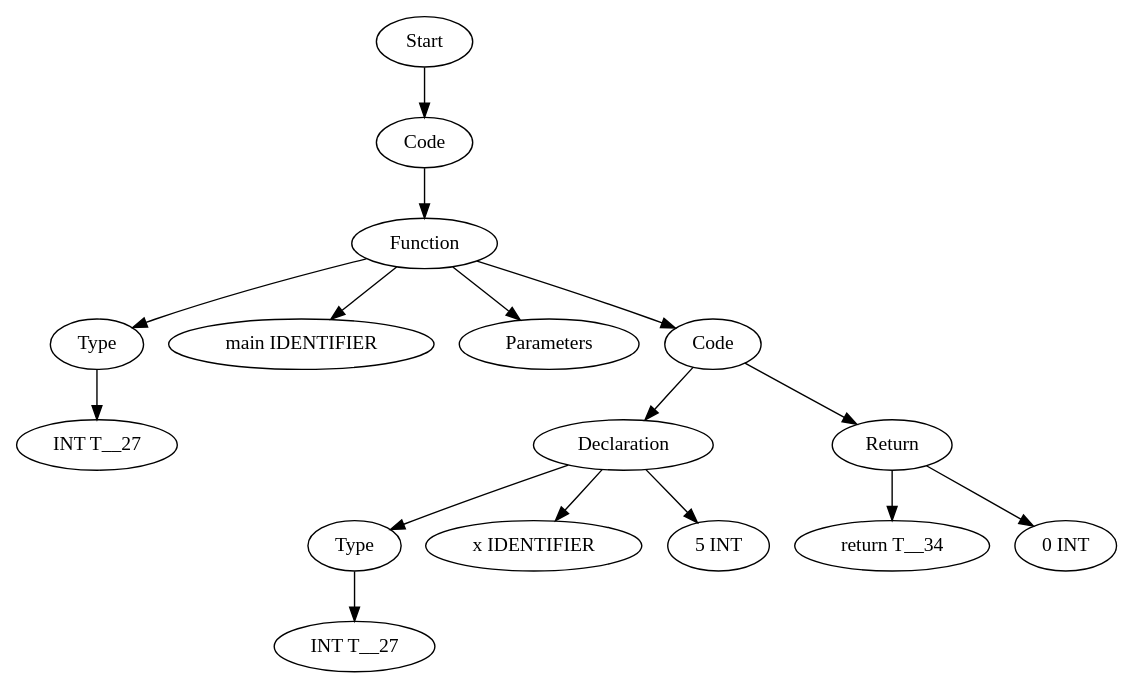
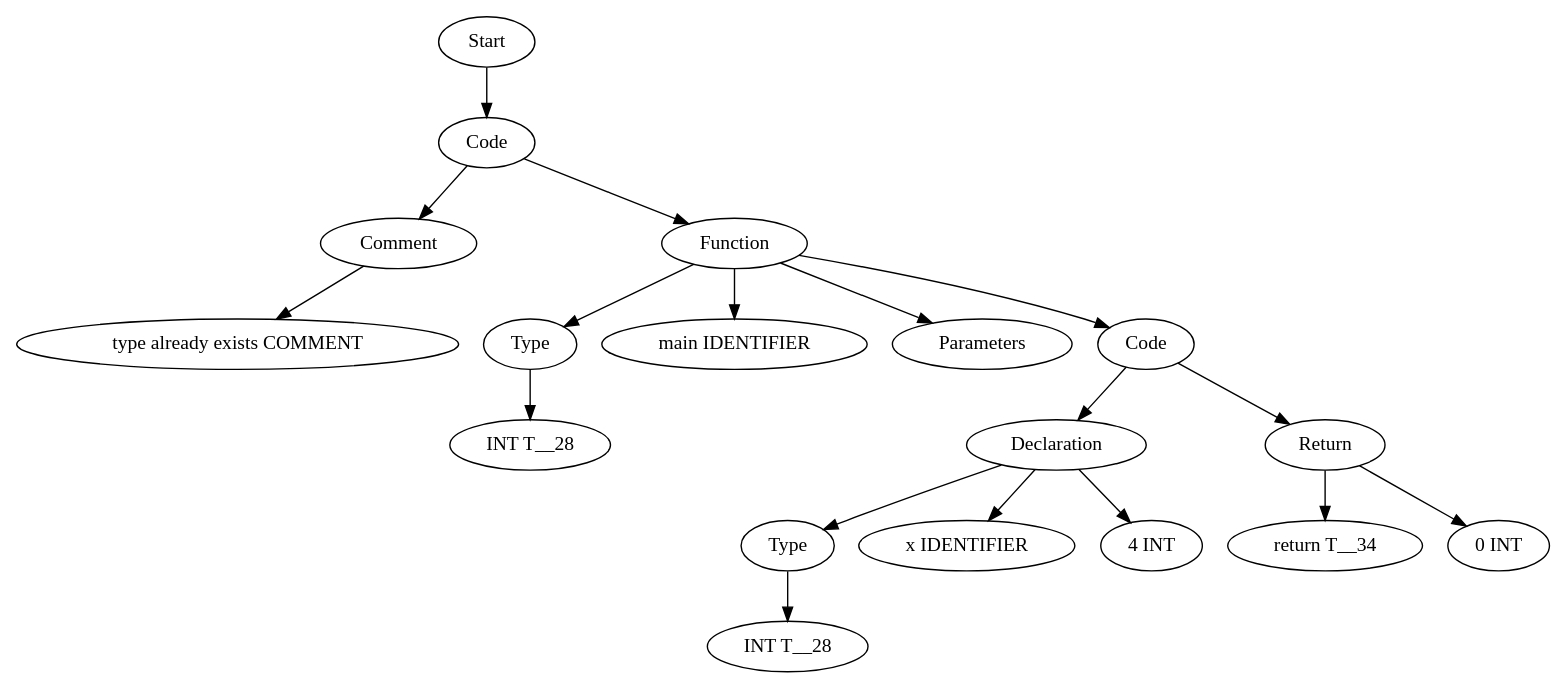
Before and after one commit to Are-you-listening/Compilers: the diagram in TestCases/ASTTests/TypedefTests/createTests/read_file_after.dot, drawn with Graphviz. The commit also changed 340 other files, not shown here.

```diff
--- a/TestCases/ASTTests/TypedefTests/createTests/read_file_after.dot
+++ b/TestCases/ASTTests/TypedefTests/createTests/read_file_after.dot
@@ -1,33 +1,37 @@
 digraph AST {
-  "136188336902336" [label="Start"];
-  "136188336902336" -> "136188336899456";
-  "136188336899456" [label="Code"];
-  "136188336899456" -> "136188336899360";
-  "136188336899360" [label="Function"];
-  "136188336899360" -> "136188336901232";
-  "136188336899360" -> "136188336901904";
-  "136188336899360" -> "136188336901856";
-  "136188336899360" -> "136188336901760";
-  "136188336901232" [label="Type"];
-  "136188336901232" -> "136188336901568";
-  "136188336901568" [label="INT T__27"];
-  "136188336901904" [label="main IDENTIFIER"];
-  "136188336901856" [label="Parameters"];
-  "136188336901760" [label="Code"];
-  "136188336901760" -> "136188336905024";
-  "136188336901760" -> "136188336905696";
-  "136188336905024" [label="Declaration"];
-  "136188336905024" -> "136188336906224";
-  "136188336905024" -> "136188336906656";
-  "136188336905024" -> "136188336904160";
-  "136188336906224" [label="Type"];
-  "136188336906224" -> "136188336908816";
-  "136188336908816" [label="INT T__27"];
-  "136188336906656" [label="x IDENTIFIER"];
-  "136188336904160" [label="5 INT"];
-  "136188336905696" [label="Return"];
-  "136188336905696" -> "136188336906032";
-  "136188336905696" -> "136188336907040";
-  "136188336906032" [label="return T__34"];
-  "136188336907040" [label="0 INT"];
+  "125864271403280" [label="Start"];
+  "125864271403280" -> "125864271399440";
+  "125864271399440" [label="Code"];
+  "125864271399440" -> "125864271402752";
+  "125864271399440" -> "125864271402272";
+  "125864271402752" [label="Comment"];
+  "125864271402752" -> "125864271407312";
+  "125864271407312" [label=" type already exists COMMENT"];
+  "125864271402272" [label="Function"];
+  "125864271402272" -> "125864271407456";
+  "125864271402272" -> "125864271399536";
+  "125864271402272" -> "125864271406304";
+  "125864271402272" -> "125864271406592";
+  "125864271407456" [label="Type"];
+  "125864271407456" -> "125864271399200";
+  "125864271399200" [label="INT T__28"];
+  "125864271399536" [label="main IDENTIFIER"];
+  "125864271406304" [label="Parameters"];
+  "125864271406592" [label="Code"];
+  "125864271406592" -> "125864271399728";
+  "125864271406592" -> "125864271404528";
+  "125864271399728" [label="Declaration"];
+  "125864271399728" -> "125864271399680";
+  "125864271399728" -> "125864271405392";
+  "125864271399728" -> "125864271405776";
+  "125864271399680" [label="Type"];
+  "125864271399680" -> "125864271406352";
+  "125864271406352" [label="INT T__28"];
+  "125864271405392" [label="x IDENTIFIER"];
+  "125864271405776" [label="4 INT"];
+  "125864271404528" [label="Return"];
+  "125864271404528" -> "125864271406976";
+  "125864271404528" -> "125864271405536";
+  "125864271406976" [label="return T__34"];
+  "125864271405536" [label="0 INT"];
 }
```
